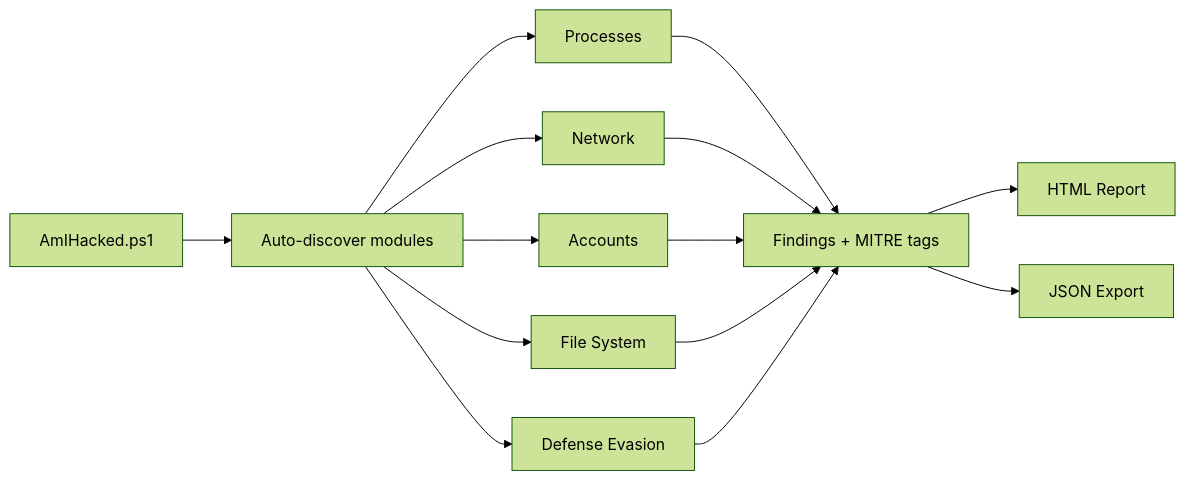
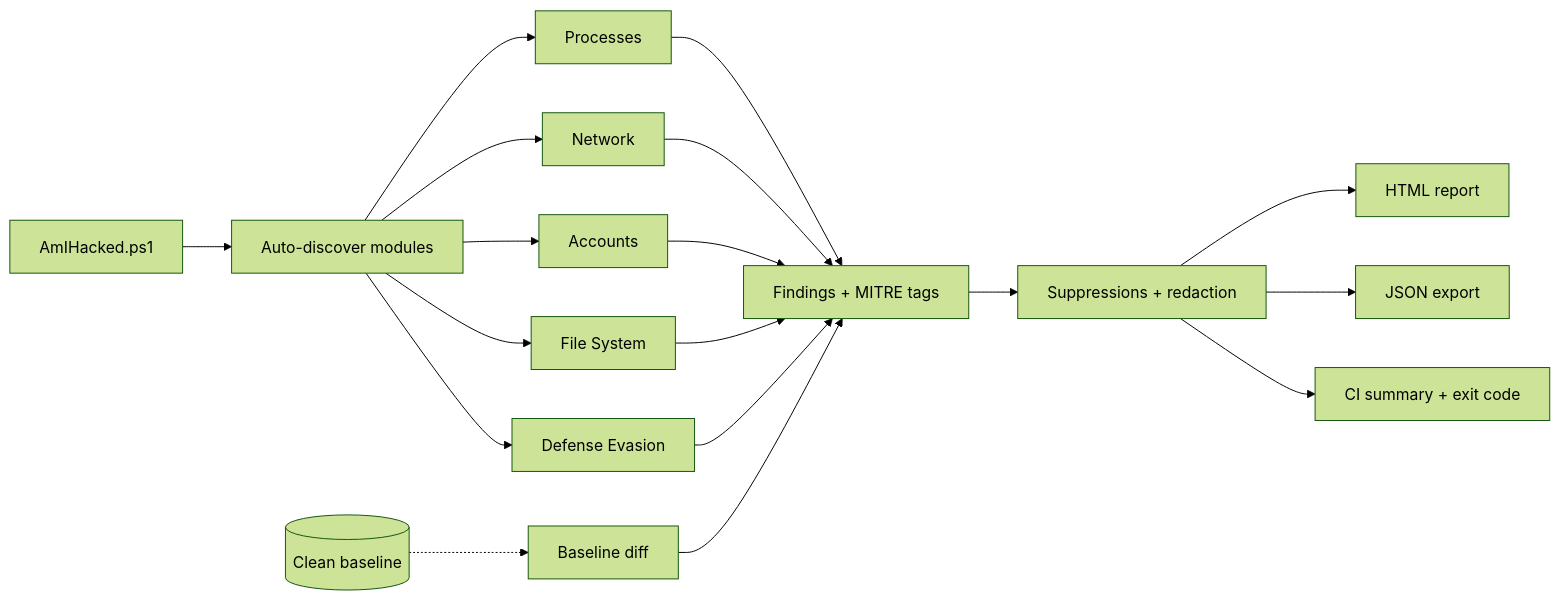
One commit to TMHSDigital/Am-I-Hacked changed the diagram in README.md. Above: the diagram before and after it, drawn with Mermaid (forest theme). The commit also changed other lines of this file and 2 other files, not shown here.

````diff
--- a/README.md
+++ b/README.md
@@ -36,16 +48,20 @@
 ```mermaid
 flowchart LR
     Launch["AmIHacked.ps1"] --> Discover["Auto-discover modules"]
     Discover --> Processes["Processes"]
     Discover --> Network["Network"]
     Discover --> Accounts["Accounts"]
     Discover --> FileSystem["File System"]
     Discover --> Defense["Defense Evasion"]
+    Baseline[("Clean baseline")] -.-> Compare["Baseline diff"]
     Processes --> Findings["Findings + MITRE tags"]
     Network --> Findings
     Accounts --> Findings
     FileSystem --> Findings
     Defense --> Findings
-    Findings --> Report["HTML Report"]
-    Findings --> JSON["JSON Export"]
+    Compare --> Findings
+    Findings --> Suppress["Suppressions + redaction"]
+    Suppress --> Report["HTML report"]
+    Suppress --> JSON["JSON export"]
+    Suppress --> CI["CI summary + exit code"]
 ```
````
